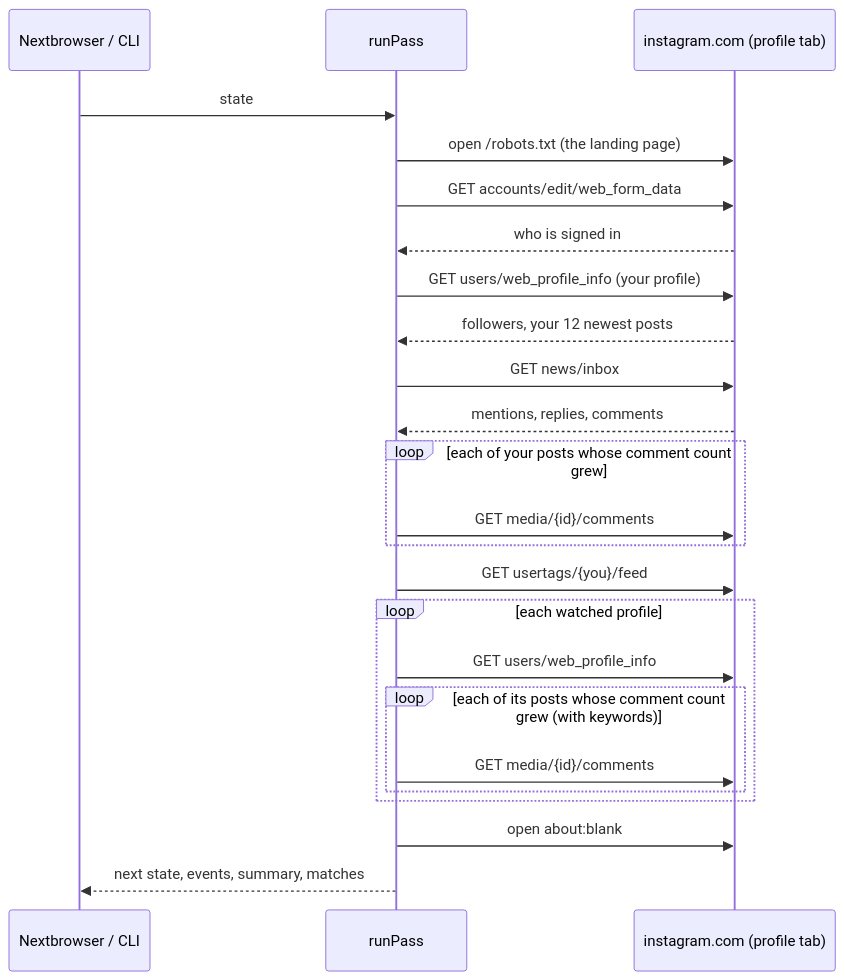
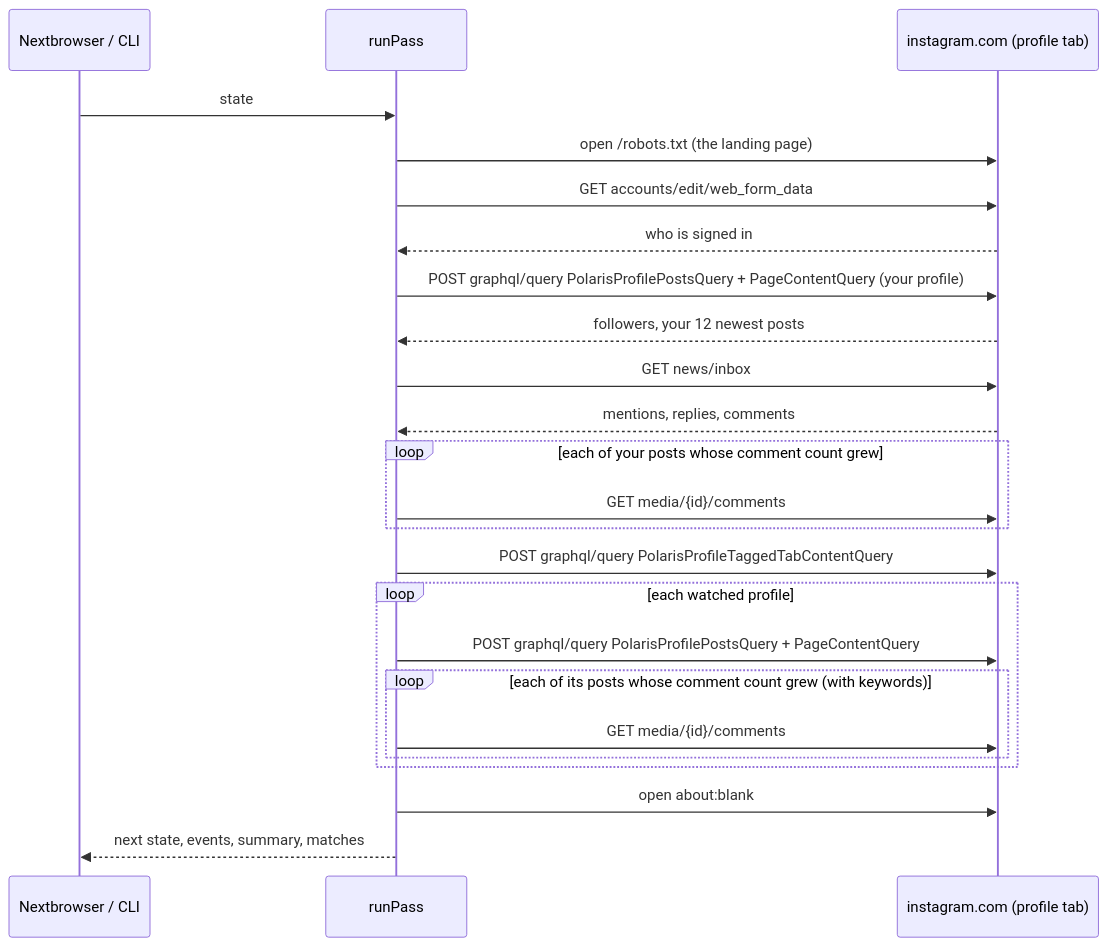
One commit to nextbrowser-oss/nextbrowser-instagram-monitoring changed the diagram in docs/how-it-works.md. Above: the diagram before and after it, drawn with Mermaid. The commit also changed other lines of this file and 7 other files, not shown here.

First line of the commit message:
fix: read profiles and tagged posts through Instagram's GraphQL queries

````diff
--- a/docs/how-it-works.md
+++ b/docs/how-it-works.md
@@ -5,26 +5,26 @@
 ```mermaid
 sequenceDiagram
   participant Host as Nextbrowser / CLI
   participant Pass as runPass
   participant IG as instagram.com (profile tab)
   Host->>Pass: state
   Pass->>IG: open /robots.txt (the landing page)
   Pass->>IG: GET accounts/edit/web_form_data
   IG-->>Pass: who is signed in
-  Pass->>IG: GET users/web_profile_info (your profile)
+  Pass->>IG: POST graphql/query PolarisProfilePostsQuery + PageContentQuery (your profile)
   IG-->>Pass: followers, your 12 newest posts
   Pass->>IG: GET news/inbox
   IG-->>Pass: mentions, replies, comments
   loop each of your posts whose comment count grew
     Pass->>IG: GET media/{id}/comments
   end
-  Pass->>IG: GET usertags/{you}/feed
+  Pass->>IG: POST graphql/query PolarisProfileTaggedTabContentQuery
   loop each watched profile
-    Pass->>IG: GET users/web_profile_info
+    Pass->>IG: POST graphql/query PolarisProfilePostsQuery + PageContentQuery
     loop each of its posts whose comment count grew (with keywords)
       Pass->>IG: GET media/{id}/comments
     end
   end
   Pass->>IG: open about:blank
   Pass-->>Host: next state, events, summary, matches
 ```
````
